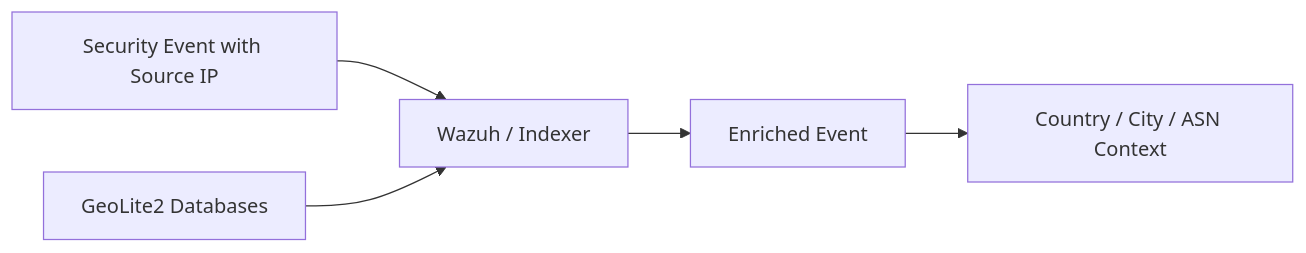
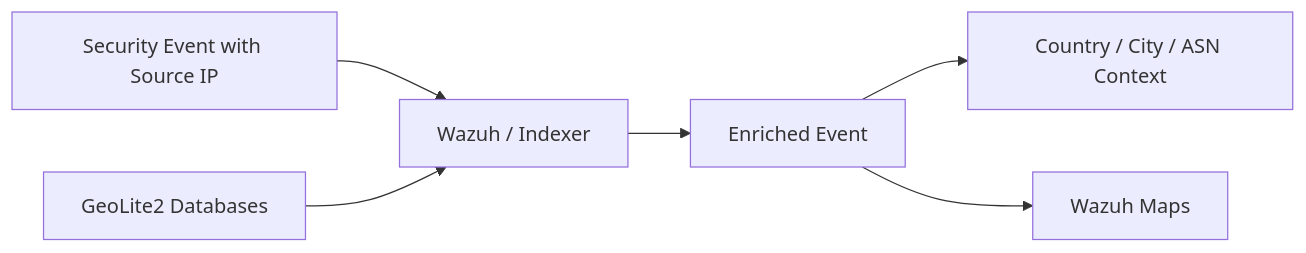
One commit to syifaniads/wazuh-siem-security-monitoring changed the first of 2 diagrams in labs/geoip-enrichment.md. Above: the diagram before and after it, drawn with Mermaid. The commit also changed other lines of this file, not shown here.

Commit message:
docs: add GeoIP Maps validation evidence

````diff
--- a/labs/geoip-enrichment.md
+++ b/labs/geoip-enrichment.md
@@ -11,7 +11,8 @@
 ```mermaid
 flowchart LR
     A[Security Event with Source IP] --> B[Wazuh / Indexer]
     C[GeoLite2 Databases] --> B
     B --> D[Enriched Event]
     D --> E[Country / City / ASN Context]
+    D --> F[Wazuh Maps]
 ```
````
